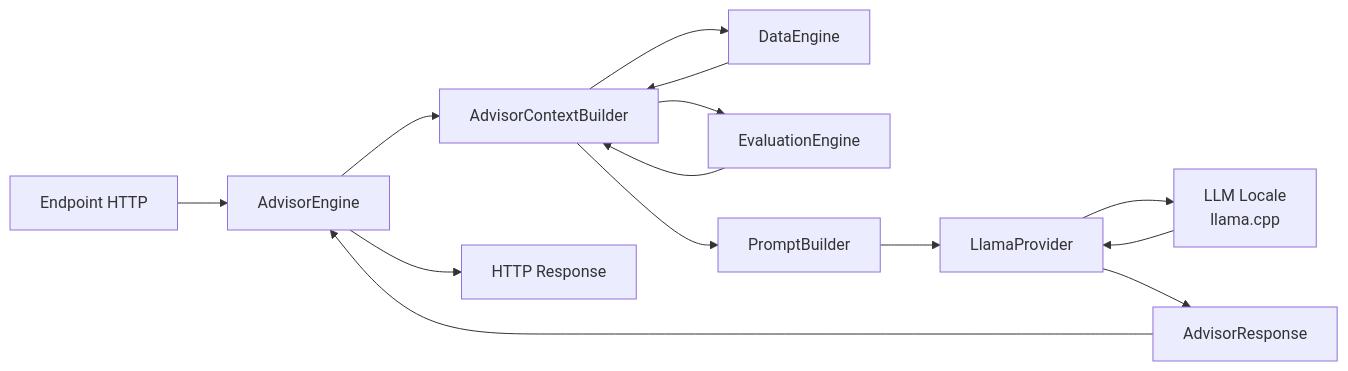
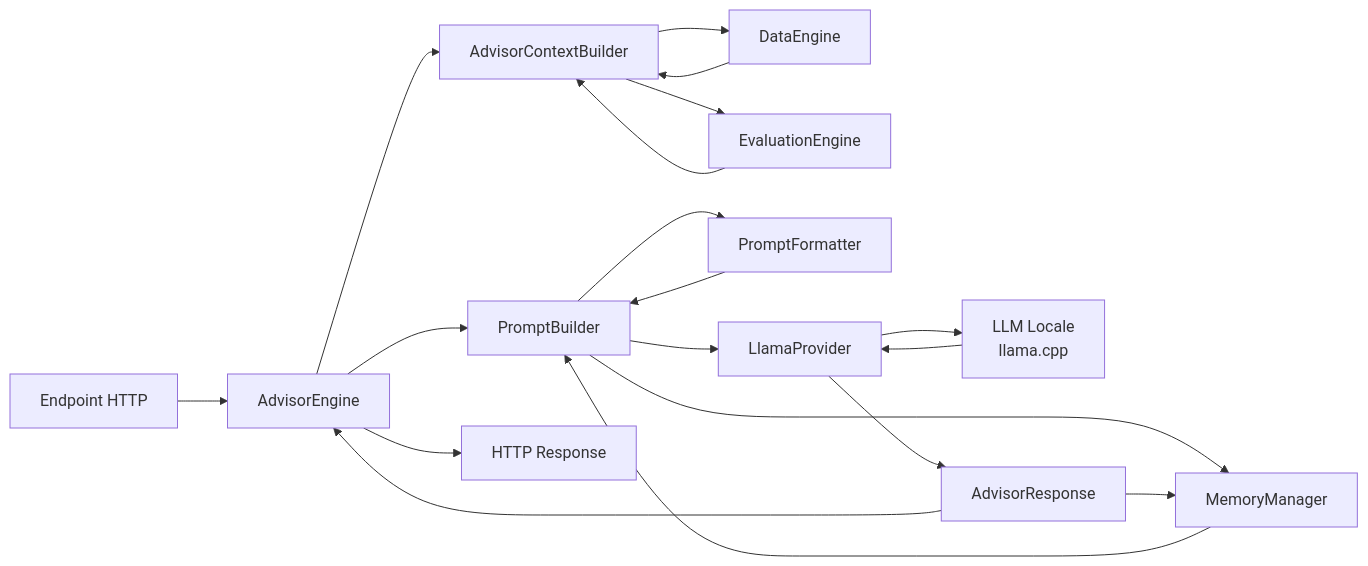
Before and after one commit to profVitolo/FinanziAI: the diagram in advisor_engine/ReadMe.md, drawn with Mermaid. The commit also changed other lines of this file, not shown here.

Commit message:
Refactored descriptions, components, diagram to introduce memory (new memory manager component)

````diff
--- a/advisor_engine/ReadMe.md
+++ b/advisor_engine/ReadMe.md
@@ -227,28 +290,35 @@
 ```mermaid
 flowchart LR
 
 A[Endpoint HTTP]
     --> B[AdvisorEngine]
 
 B --> C[AdvisorContextBuilder]
 
 C --> D[DataEngine]
 C --> E[EvaluationEngine]
 
 D --> C
 E --> C
 
-C --> F[PromptBuilder]
+B --> F[PromptBuilder]
 
-F --> G[LlamaProvider]
+F --> G[PromptFormatter]
+G --> F
 
-G --> H[LLM Locale<br/>llama.cpp]
+F --> M[MemoryManager]
+M --> F
 
-H --> G
+F --> H[LlamaProvider]
 
-G --> I[AdvisorResponse]
+H --> I[LLM Locale<br/>llama.cpp]
+I --> H
 
-I --> B
+H --> J[AdvisorResponse]
 
-B --> J[HTTP Response]
+J --> M
+
+J --> B
+
+B --> K[HTTP Response]
 ```
````
